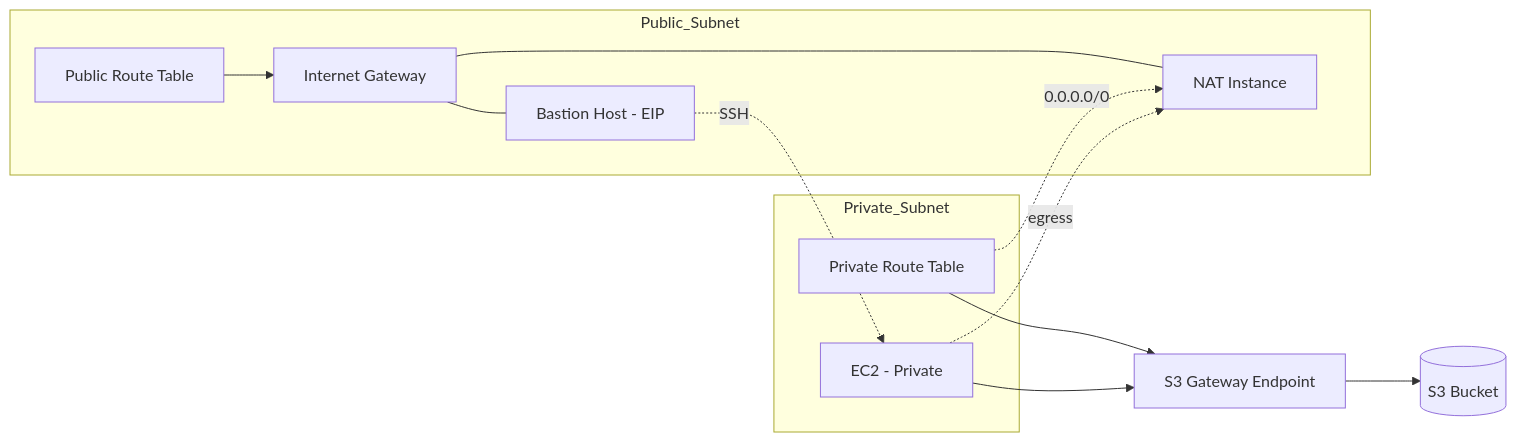
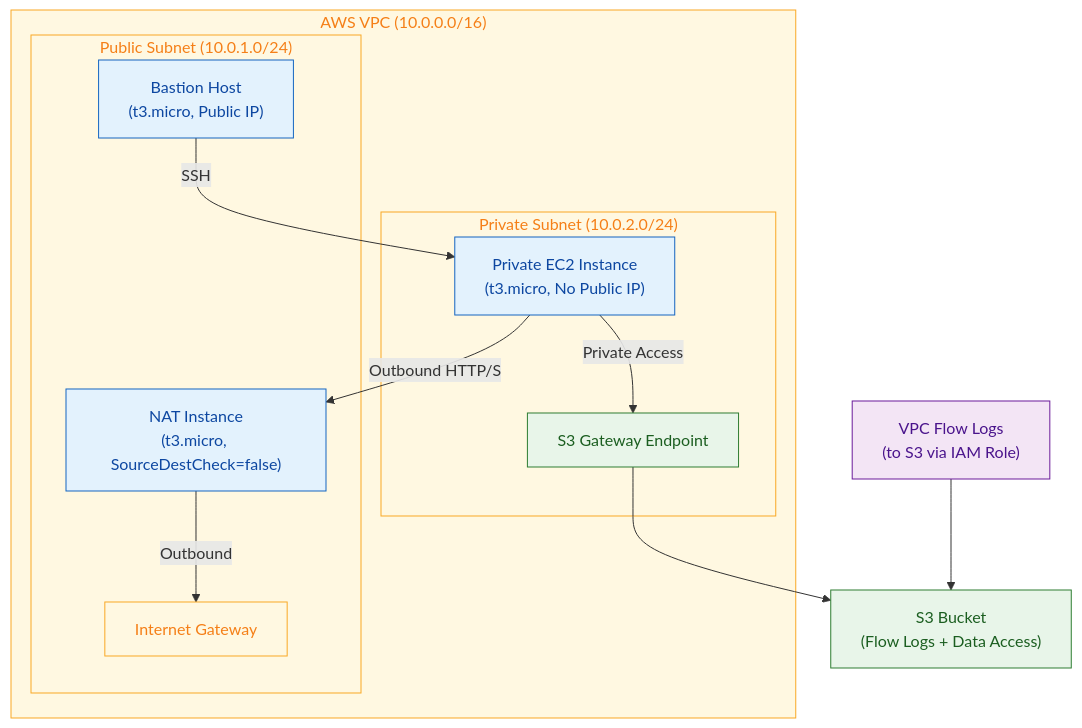
One commit to naseeb-helali/secure-vpc-foundation changed the diagram in diagrame/architecture.mmd. Above: the diagram before and after it, drawn with Mermaid.

```diff
--- a/diagrame/architecture.mmd
+++ b/diagrame/architecture.mmd
@@ -1,37 +1,51 @@
-flowchart LR
-  subgraph Public_Subnet
-    IGW[Internet Gateway]
-    Bastion[Bastion Host - EIP]
-    NATi[NAT Instance]
-    RTpub[Public Route Table]
+%%------------------------------------------------------------
+%% Secure VPC Foundation — Phase 1 Architecture Diagram
+%%------------------------------------------------------------
+%% This diagram illustrates:
+%% - Public and private subnets within a single VPC
+%% - Bastion Host and NAT Instance (public subnet)
+%% - Private EC2 (private subnet)
+%% - S3 Gateway Endpoint and Flow Logs to S3
+%%------------------------------------------------------------
+
+graph TD
+
+  %% VPC boundary
+  subgraph VPC["AWS VPC (10.0.0.0/16)"]
+    
+    %% Public Subnet
+    subgraph PublicSubnet["Public Subnet (10.0.1.0/24)"]
+      BASTION["Bastion Host\n(t3.micro, Public IP)"]
+      NAT["NAT Instance\n(t3.micro, SourceDestCheck=false)"]
+      IGW["Internet Gateway"]
+    end
+
+    %% Private Subnet
+    subgraph PrivateSubnet["Private Subnet (10.0.2.0/24)"]
+      APP["Private EC2 Instance\n(t3.micro, No Public IP)"]
+      S3EP["S3 Gateway Endpoint"]
+    end
+
   end
 
-  subgraph Private_Subnet
-    AppEC2[EC2 - Private]
-    RTpriv[Private Route Table]
-  end
+  %% External and Logging Components
+  S3["S3 Bucket\n(Flow Logs + Data Access)"]
+  FLOWLOGS["VPC Flow Logs\n(to S3 via IAM Role)"]
 
-  S3[(S3 Bucket)]
-  GWEP[S3 Gateway Endpoint]
+  %% Connectivity
+  BASTION -->|SSH| APP
+  APP -->|Outbound HTTP/S| NAT
+  NAT -->|Outbound| IGW
+  APP -->|Private Access| S3EP --> S3
+  FLOWLOGS --> S3
 
-  %% Internet for public resources
-  RTpub --> IGW
-  IGW --- Bastion
-  IGW --- NATi
+  %% Labels
+  classDef compute fill:#E3F2FD,stroke:#1565C0,stroke-width:1px,color:#0D47A1;
+  classDef storage fill:#E8F5E9,stroke:#2E7D32,stroke-width:1px,color:#1B5E20;
+  classDef network fill:#FFF8E1,stroke:#F9A825,stroke-width:1px,color:#F57F17;
+  classDef service fill:#F3E5F5,stroke:#6A1B9A,stroke-width:1px,color:#4A148C;
 
-  %% Secure admin path inside VPC
-  Bastion -. SSH .-> AppEC2
-
-  %% Private egress via NAT Instance
-  RTpriv -. "0.0.0.0/0" .-> NATi
-  AppEC2 -. egress .-> NATi
-
-  %% Private S3 access via Gateway Endpoint
-  RTpriv --> GWEP
-  AppEC2 --> GWEP --> S3
-
-  %% Design notes:
-  %% - NAT Instance in Public Subnet + disable Source/Dest Check
-  %% - Bastion in Public Subnet + restrict SSH (Least Privilege)
-  %% - Private RT sends 0.0.0.0/0 to the NAT Instance interface
-  %% - S3 Gateway Endpoint attached to Private RT for internal access
+  class BASTION,NAT,APP compute;
+  class S3,S3EP storage;
+  class IGW,VPC,PublicSubnet,PrivateSubnet network;
+  class FLOWLOGS service;
```
